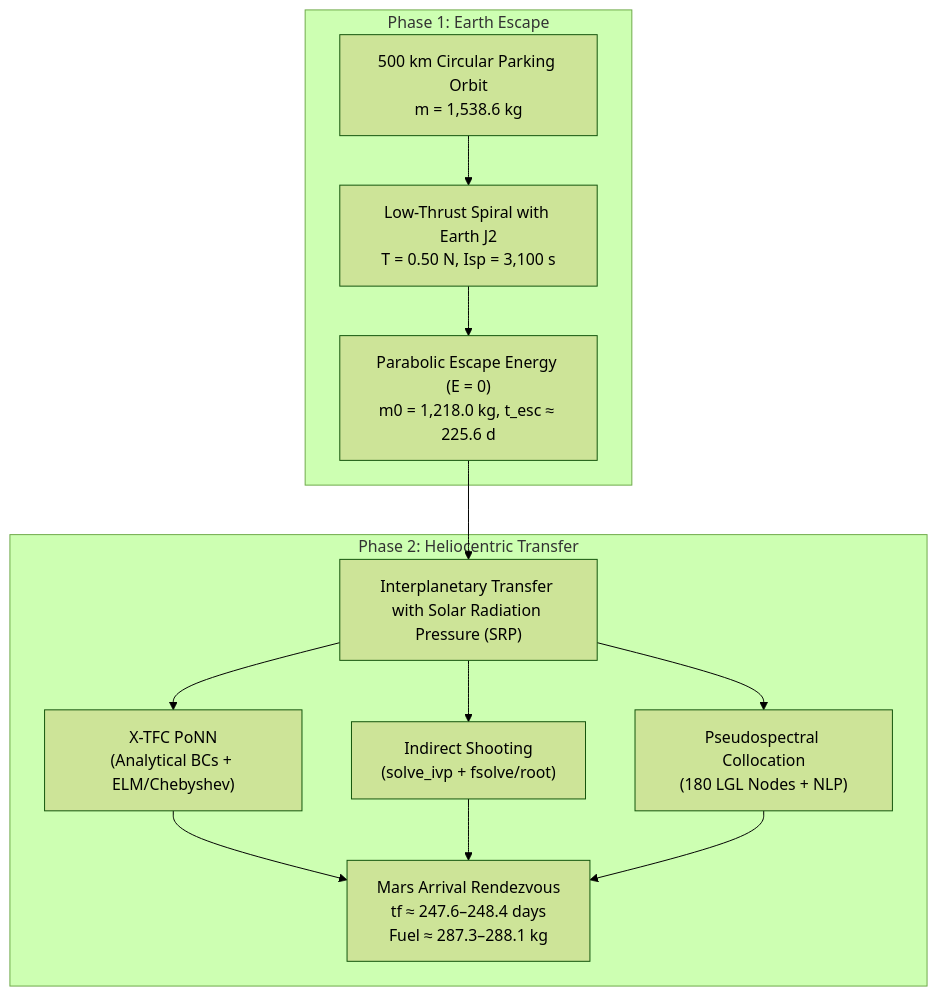
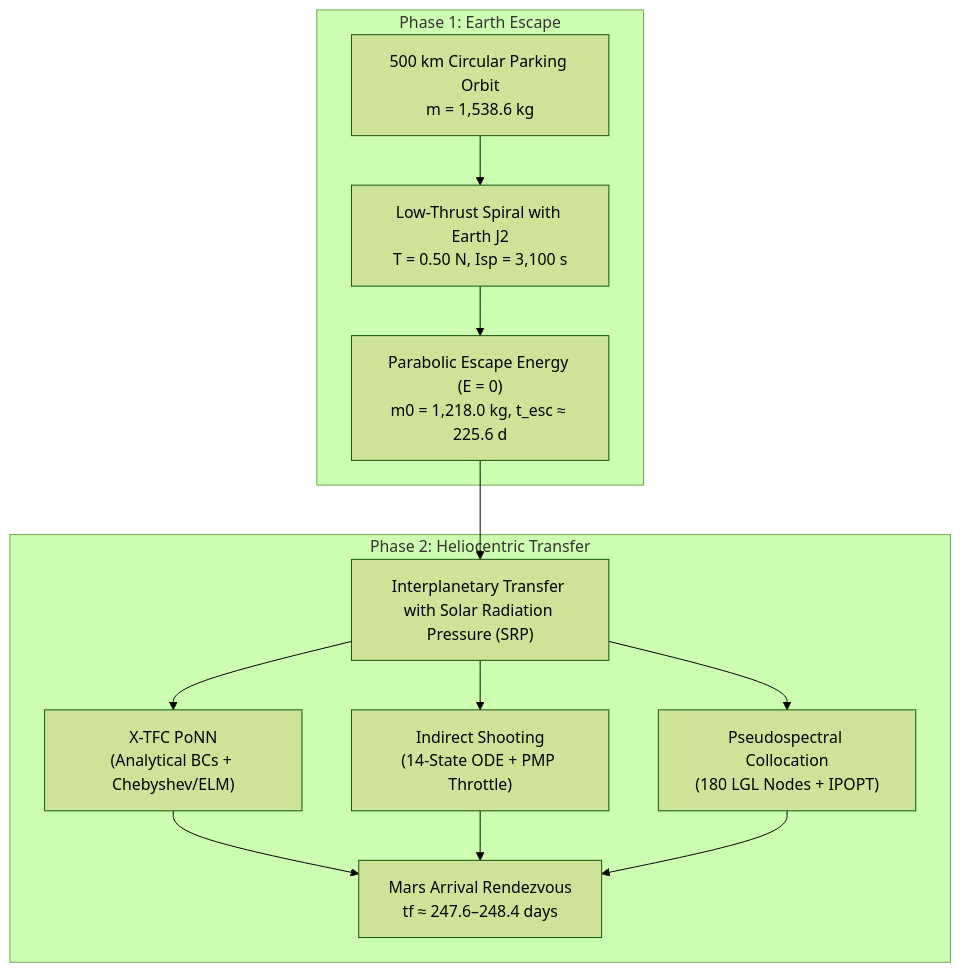
One commit to Nirbaan13/XTFC-PoNN---Trajectory-Optimization changed the diagram in README.md. Above: the diagram before and after it, drawn with Mermaid (forest theme). The commit also changed other lines of this file and 13 other files, not shown here.

````diff
--- a/README.md
+++ b/README.md
@@ -46,16 +46,16 @@
 ```mermaid
 flowchart TD
     subgraph Phase 1: Earth Escape
         A["500 km Circular Parking Orbit<br>m = 1,538.6 kg"] --> B["Low-Thrust Spiral with Earth J2<br>T = 0.50 N, Isp = 3,100 s"]
         B --> C["Parabolic Escape Energy (E = 0)<br>m0 = 1,218.0 kg, t_esc ≈ 225.6 d"]
     end
     subgraph Phase 2: Heliocentric Transfer
         C --> D["Interplanetary Transfer with Solar Radiation Pressure (SRP)"]
-        D --> E1["X-TFC PoNN<br>(Analytical BCs + ELM/Chebyshev)"]
-        D --> E2["Indirect Shooting<br>(solve_ivp + fsolve/root)"]
-        D --> E3["Pseudospectral Collocation<br>(180 LGL Nodes + NLP)"]
-        E1 --> F["Mars Arrival Rendezvous<br>tf ≈ 247.6–248.4 days<br>Fuel ≈ 287.3–288.1 kg"]
+        D --> E1["X-TFC PoNN<br>(Analytical BCs + Chebyshev/ELM)"]
+        D --> E2["Indirect Shooting<br>(14-State ODE + PMP Throttle)"]
+        D --> E3["Pseudospectral Collocation<br>(180 LGL Nodes + IPOPT)"]
+        E1 --> F["Mars Arrival Rendezvous<br>tf ≈ 247.6–248.4 days"]
         E2 --> F
         E3 --> F
     end
 ```
````
